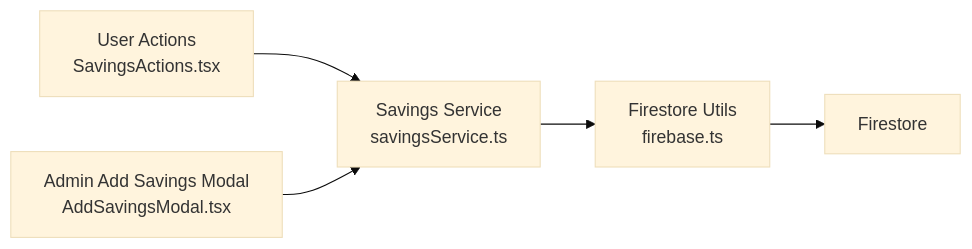
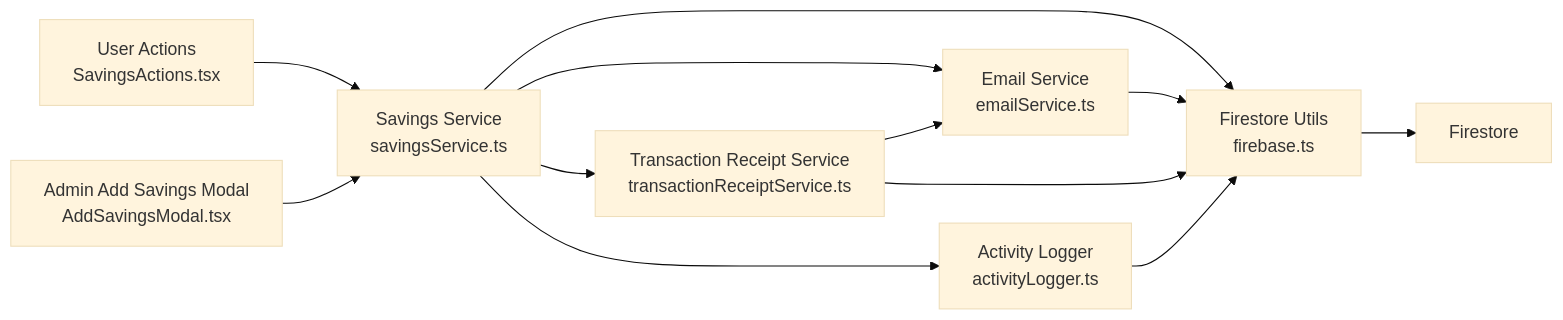
Before and after one commit to Unsure-bry/sampacoop_system: the sixth of 6 diagrams in .qoder/repowiki/en/content/Savings Management System/Savings Transactions Processing.md, drawn with Mermaid (base theme). The commit also changed other lines of this file and 12 other files, not shown here.

````diff
--- a/.qoder/repowiki/en/content/Savings Management System/Savings Transactions Processing.md
+++ b/.qoder/repowiki/en/content/Savings Management System/Savings Transactions Processing.md
@@ -278,7 +441,14 @@
 ```mermaid
 graph LR
 UA["User Actions<br/>SavingsActions.tsx"] --> SS["Savings Service<br/>savingsService.ts"]
 AA["Admin Add Savings Modal<br/>AddSavingsModal.tsx"] --> SS
 SS --> FT["Firestore Utils<br/>firebase.ts"]
+SS --> ES["Email Service<br/>emailService.ts"]
+SS --> TRS["Transaction Receipt Service<br/>transactionReceiptService.ts"]
+SS --> AL["Activity Logger<br/>activityLogger.ts"]
+ES --> FT
+TRS --> ES
+TRS --> FT
+AL --> FT
 FT --> DB["Firestore"]
 ```
````
